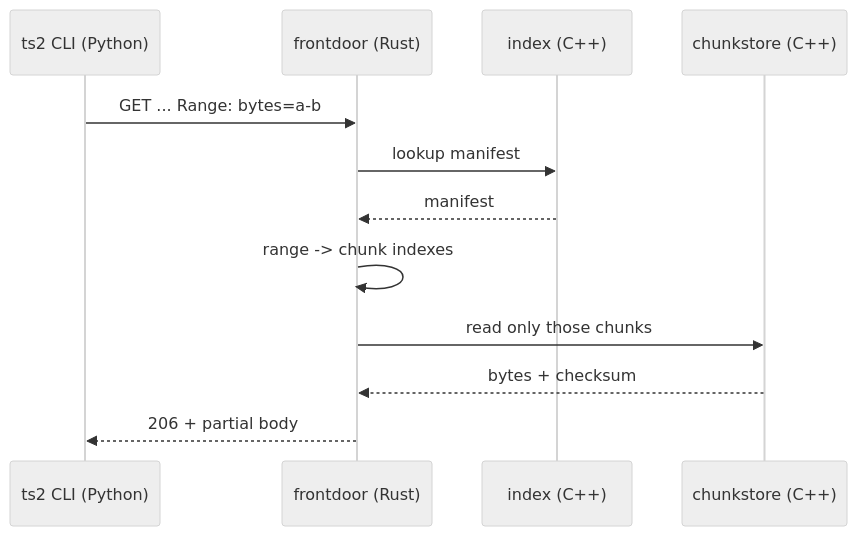
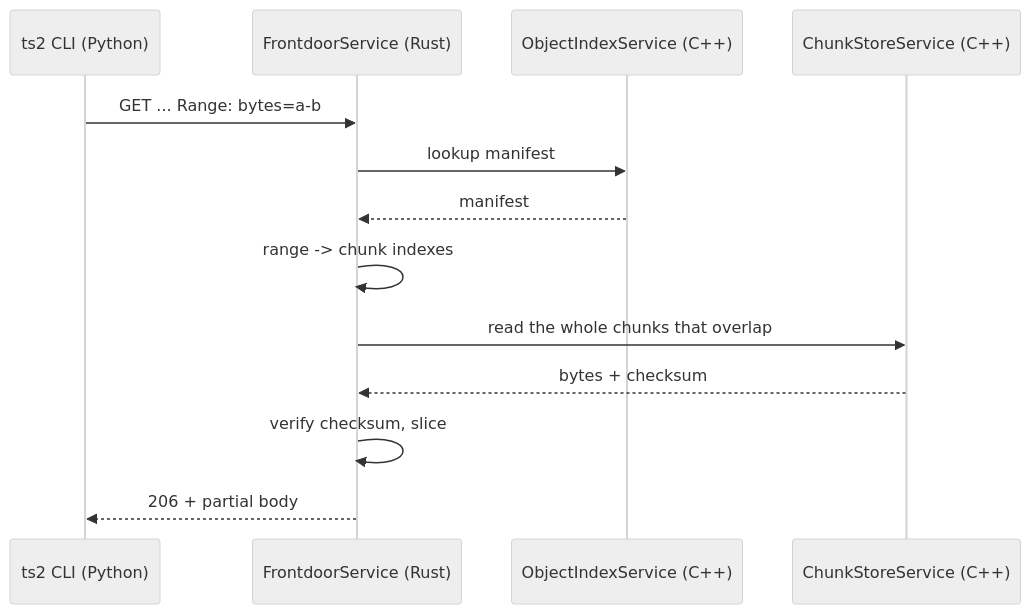
The fourth of 6 diagrams in docs/design/000-system-overview.md (pratikSethi/toy-storage-service), drawn with Mermaid (neutral theme) before and after one commit. The commit also changed other lines of this file and 18 other files, not shown here.

````diff
--- a/docs/design/000-system-overview.md
+++ b/docs/design/000-system-overview.md
@@ -153,14 +163,15 @@
 ```mermaid
 sequenceDiagram
   participant C as ts2 CLI (Python)
-  participant G as frontdoor (Rust)
-  participant M as index (C++)
-  participant N as chunkstore (C++)
+  participant G as FrontdoorService (Rust)
+  participant M as ObjectIndexService (C++)
+  participant N as ChunkStoreService (C++)
   C->>G: GET ... Range: bytes=a-b
   G->>M: lookup manifest
   M-->>G: manifest
   G->>G: range -> chunk indexes
-  G->>N: read only those chunks
+  G->>N: read the whole chunks that overlap
   N-->>G: bytes + checksum
+  G->>G: verify checksum, slice
   G-->>C: 206 + partial body
 ```
````
